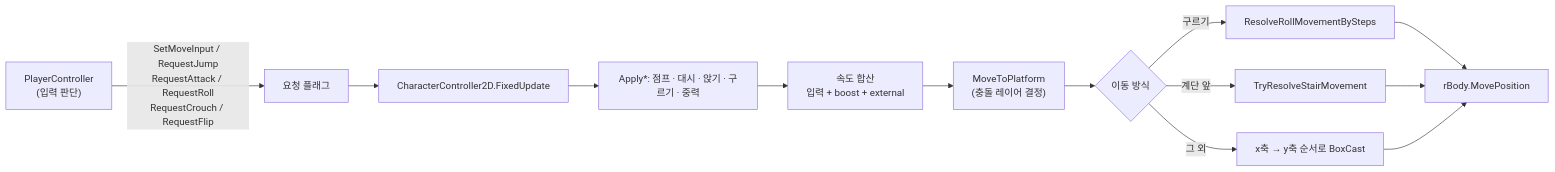
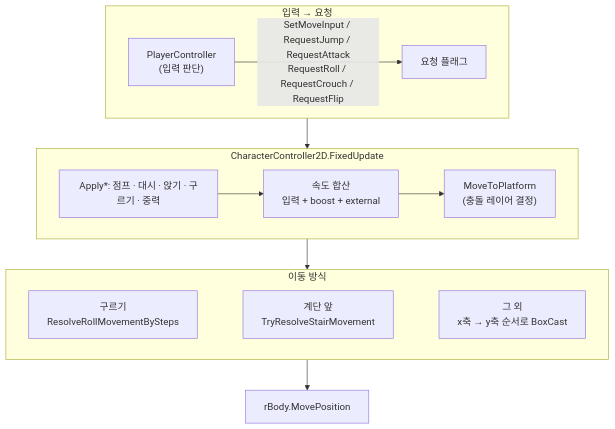
One commit to NaJungWon/portfolio changed the third of 5 diagrams in src/02-katana-zero/기술문서.md. Above: the diagram before and after it, drawn with Mermaid. The commit also changed other lines of this file and 7 other files, not shown here.

First line of the commit message:
카타나 제로: 역재생 GIF 교체, 2.1 이미지 정리, 3.2 구조도 재배치, 측정 문구·회고 반영

````diff
--- a/src/02-katana-zero/기술문서.md
+++ b/src/02-katana-zero/기술문서.md
@@ -205,13 +197,19 @@
 ```mermaid
-flowchart LR
-    I["PlayerController<br/>(입력 판단)"] -->|SetMoveInput / RequestJump<br/>RequestAttack / RequestRoll<br/>RequestCrouch / RequestFlip| Q["요청 플래그"]
-    Q --> F["CharacterController2D.FixedUpdate"]
-    F --> A["Apply*: 점프 · 대시 · 앉기 · 구르기 · 중력"]
-    A --> V["속도 합산<br/>입력 + boost + external"]
-    V --> P["MoveToPlatform<br/>(충돌 레이어 결정)"]
-    P --> M{"이동 방식"}
-    M -->|구르기| R["ResolveRollMovementBySteps"]
-    M -->|계단 앞| S["TryResolveStairMovement"]
-    M -->|그 외| X["x축 → y축 순서로 BoxCast"]
-    R & S & X --> MP["rBody.MovePosition"]
+flowchart TB
+    subgraph S1["입력 → 요청"]
+        direction LR
+        I["PlayerController<br/>(입력 판단)"] -->|"SetMoveInput / RequestJump / RequestAttack<br/>RequestRoll / RequestCrouch / RequestFlip"| Q["요청 플래그"]
+    end
+    subgraph S2["CharacterController2D.FixedUpdate"]
+        direction LR
+        A["Apply*: 점프 · 대시 · 앉기 · 구르기 · 중력"] --> V["속도 합산<br/>입력 + boost + external"] --> P["MoveToPlatform<br/>(충돌 레이어 결정)"]
+    end
+    subgraph S3["이동 방식"]
+        direction LR
+        R["구르기<br/>ResolveRollMovementBySteps"]
+        S["계단 앞<br/>TryResolveStairMovement"]
+        X["그 외<br/>x축 → y축 순서로 BoxCast"]
+        R ~~~ S ~~~ X
+    end
+    S1 --> S2 --> S3 --> MP["rBody.MovePosition"]
 ```
````
